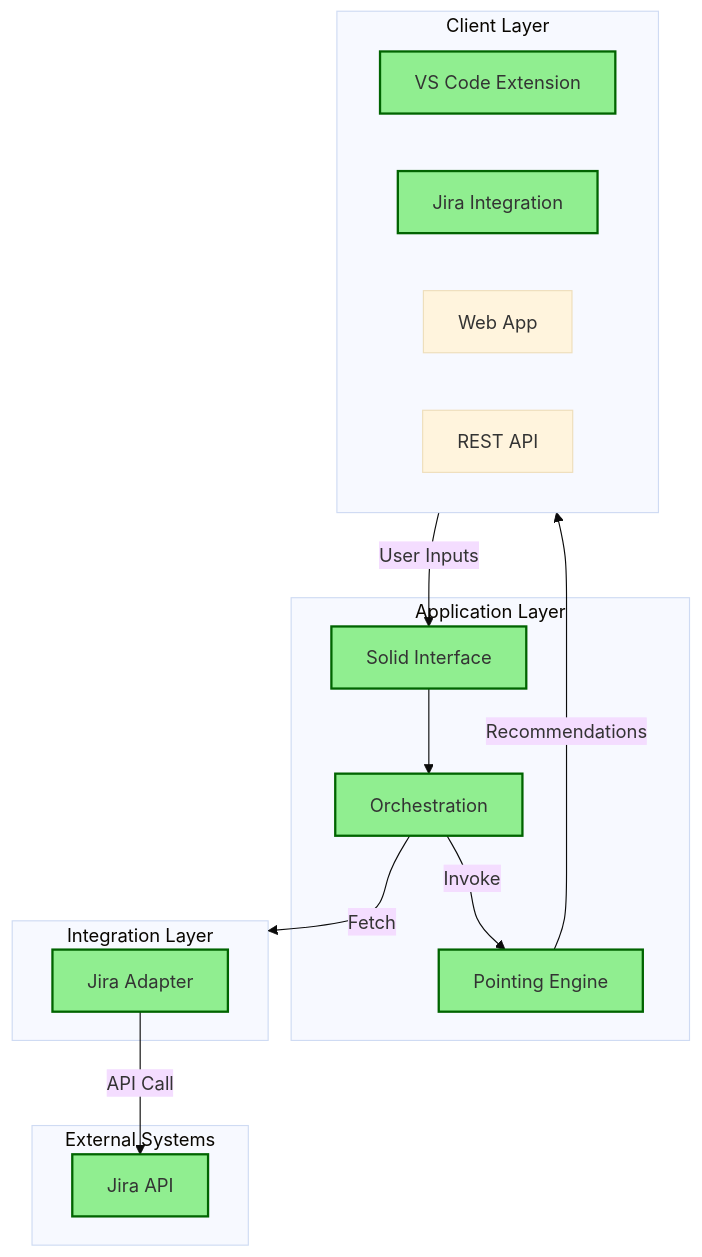
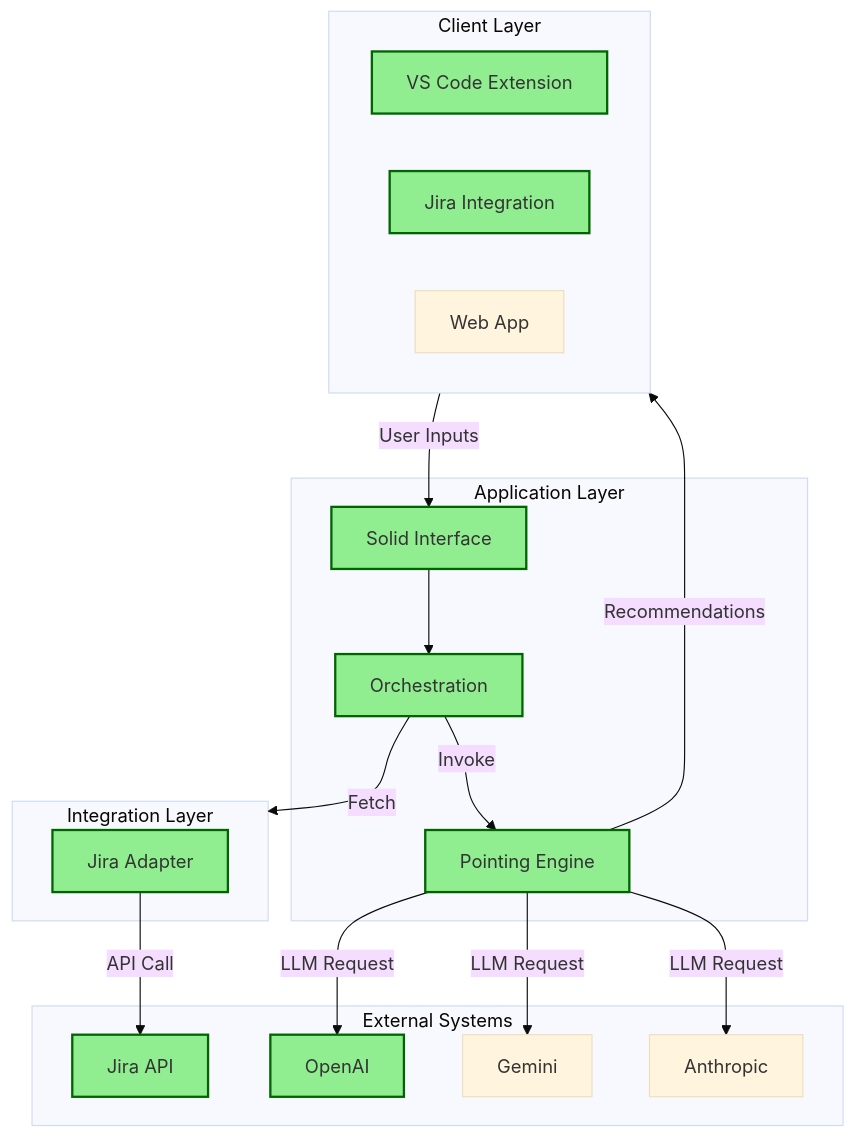
The diagram in ARCHITECTURE.mmd (stevenrein20/point.less), drawn with Mermaid (base theme) before and after one commit. The commit also changed 25 other files, not shown here.

```diff
--- a/ARCHITECTURE.mmd
+++ b/ARCHITECTURE.mmd
@@ -1,36 +1,40 @@
 
 graph TD
 
 %% Style definitions for completed components
 classDef completed fill:#90EE90,stroke:#006400,stroke-width:2px
 
 subgraph Client[Client Layer]
-    UI2[VS Code Extension]:::completed
-    UI3[Jira Integration]:::completed
+    UI1[VS Code Extension]:::completed
+    UI2[Jira Integration]:::completed
     %% Web App - Should store context (ref stories, custom instruction). Should also have a way to download it to some file format like .pointless. in local storage. Should authenicate to Jira to pull stories, should have fields to do stories locally too, OpenAI should use my Key and we should have Firebase Auth.
-    UI4[Web App] 
-    UI5[REST API]
+    UI3[Web App] 
 end
 
 subgraph Logic[Application Layer]
     Interface[Solid Interface]:::completed
     Orchestration[Orchestration]:::completed
     CoreEngine[Pointing Engine]:::completed
 end
 
 subgraph Integration[Integration Layer]
     AdapterJira[Jira Adapter]:::completed
  
 end
 
 subgraph External[External Systems]
     JiraAPI[Jira API]:::completed
-
+    OpenAI[OpenAI]:::completed
+    Gemini[Gemini]
+    Anthropic[Anthropic]
 end
 
 Client -->|User Inputs| Interface
 Interface --> Orchestration
 Orchestration -->|Fetch| Integration
 AdapterJira -->|API Call| JiraAPI
 Orchestration -->|Invoke| CoreEngine
 CoreEngine -->|Recommendations| Client
+CoreEngine -->|LLM Request| OpenAI
+CoreEngine -->|LLM Request| Gemini
+CoreEngine -->|LLM Request| Anthropic
```
